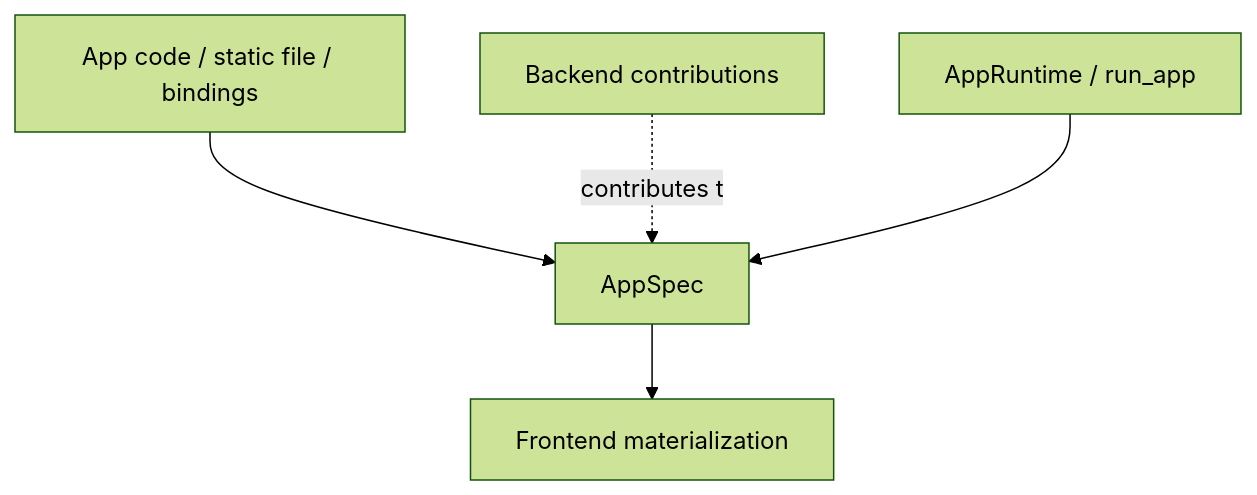
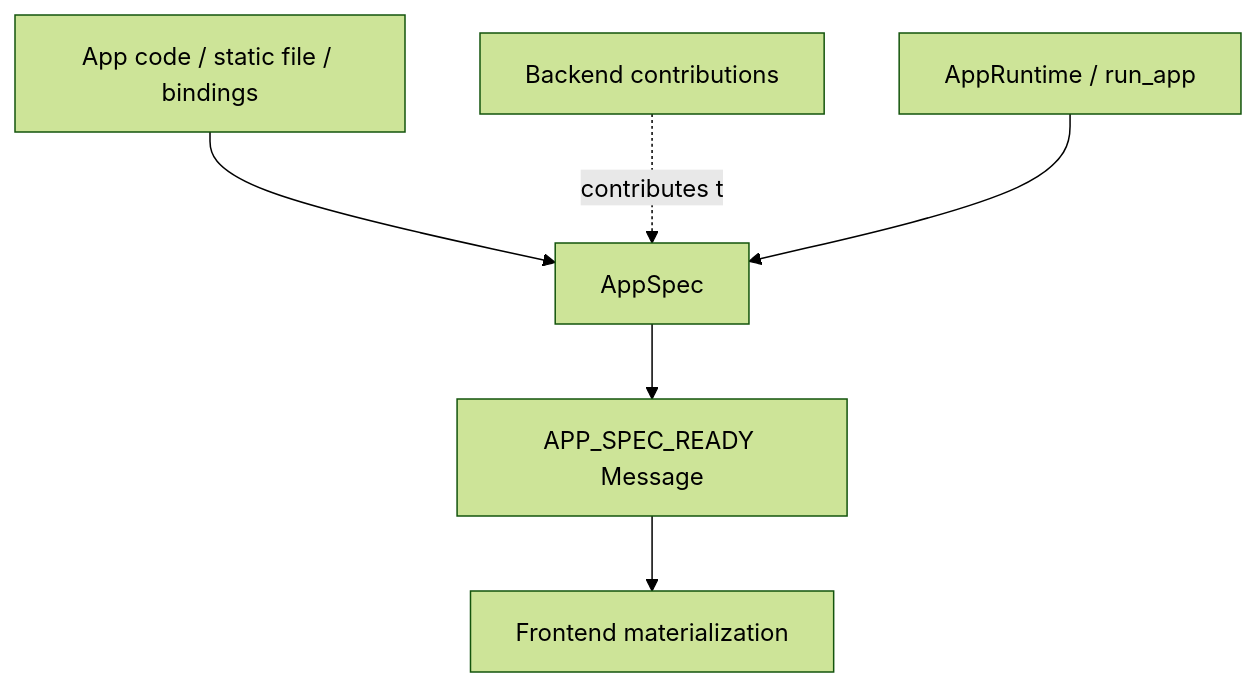
One commit to orrenravid1/CompartmentalNeuronGUI changed the fourth of 19 diagrams in docs/architecture/design/proposals/backend-transport-frontend-proposal.md. Above: the diagram before and after it, drawn with Mermaid (forest theme). The commit also changed other lines of this file and 6 other files, not shown here.

````diff
--- a/docs/architecture/design/proposals/backend-transport-frontend-proposal.md
+++ b/docs/architecture/design/proposals/backend-transport-frontend-proposal.md
@@ -410,13 +471,15 @@
 ```mermaid
 flowchart TD
     AppCode[App code / static file / bindings]
     BackendContrib[Backend contributions]
     AppRuntime[AppRuntime / run_app]
     AppSpec[AppSpec]
+    Ready[APP_SPEC_READY Message]
     Frontend[Frontend materialization]
 
     AppCode --> AppSpec
     BackendContrib -.contributes to.-> AppSpec
     AppRuntime --> AppSpec
-    AppSpec --> Frontend
+    AppSpec --> Ready
+    Ready --> Frontend
 ```
````
